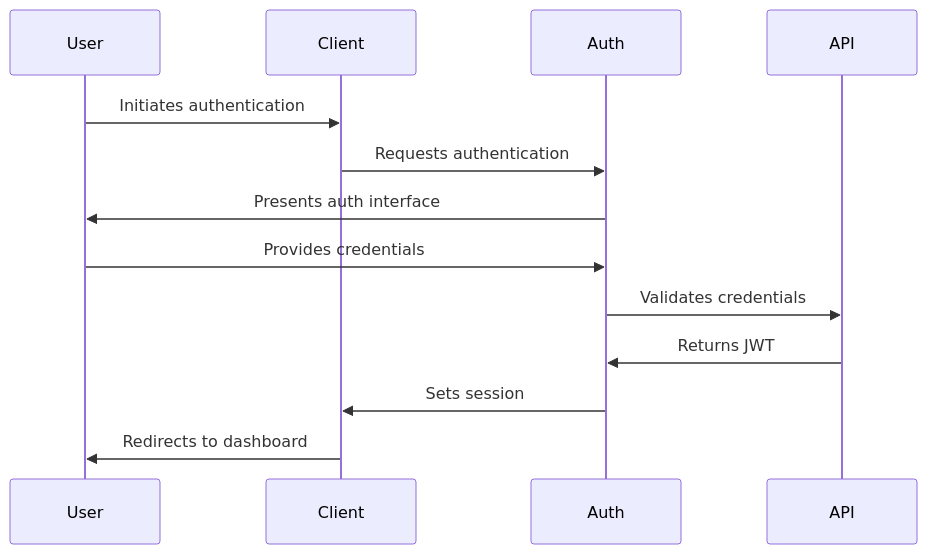
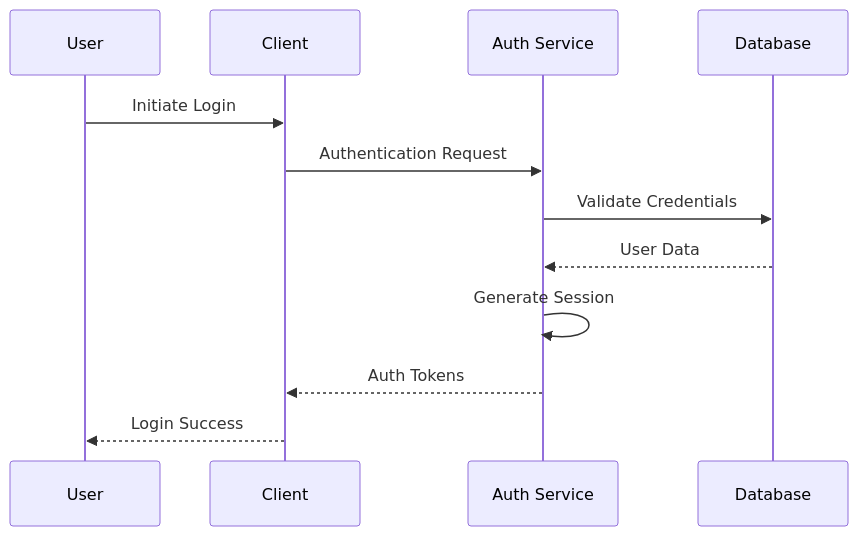
The diagram in docs/security/authentication.md (neothink-dao/neothink.io), drawn with Mermaid before and after one commit. The commit also changed other lines of this file and 6 other files, not shown here.

````diff
--- a/docs/security/authentication.md
+++ b/docs/security/authentication.md
@@ -17,16 +18,15 @@
 ```mermaid
 sequenceDiagram
-    participant User
-    participant Client
-    participant Auth
-    participant API
-    
-    User->>Client: Initiates authentication
-    Client->>Auth: Requests authentication
-    Auth->>User: Presents auth interface
-    User->>Auth: Provides credentials
-    Auth->>API: Validates credentials
-    API->>Auth: Returns JWT
-    Auth->>Client: Sets session
-    Client->>User: Redirects to dashboard
+    participant U as User
+    participant C as Client
+    participant A as Auth Service
+    participant D as Database
+
+    U->>C: Initiate Login
+    C->>A: Authentication Request
+    A->>D: Validate Credentials
+    D-->>A: User Data
+    A->>A: Generate Session
+    A-->>C: Auth Tokens
+    C-->>U: Login Success
 ```
````
